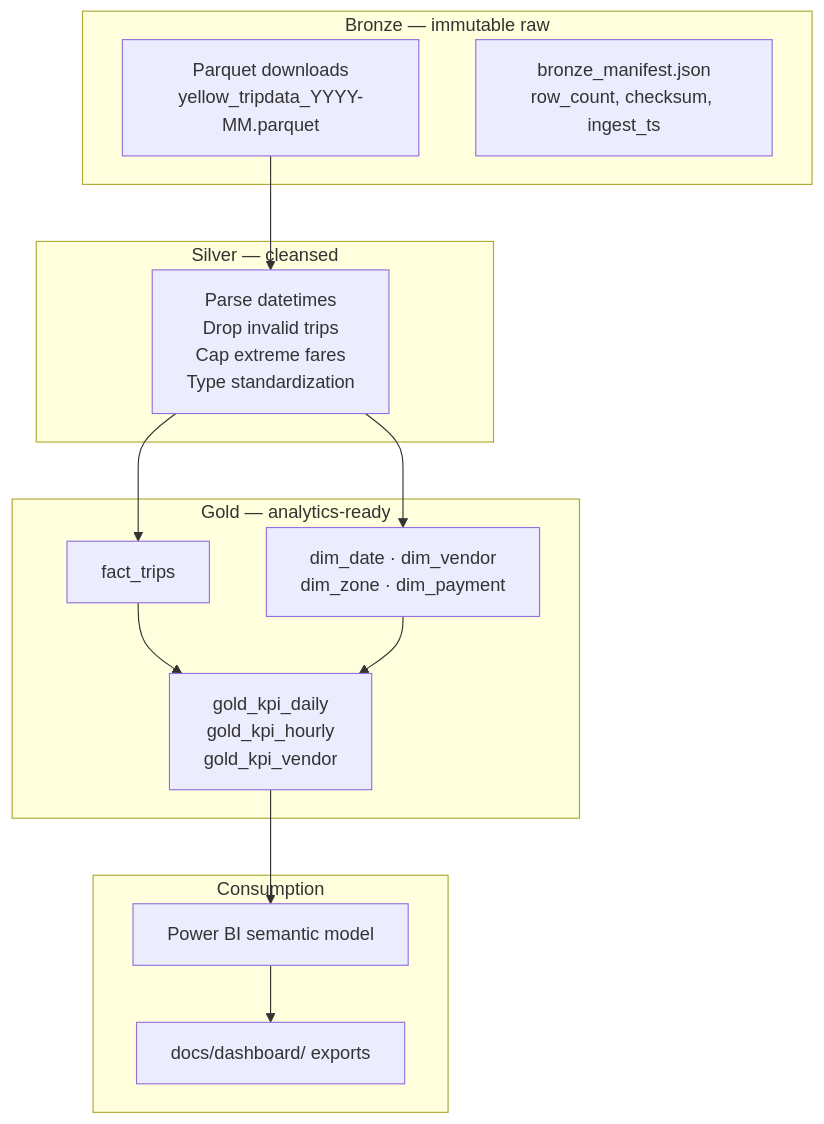
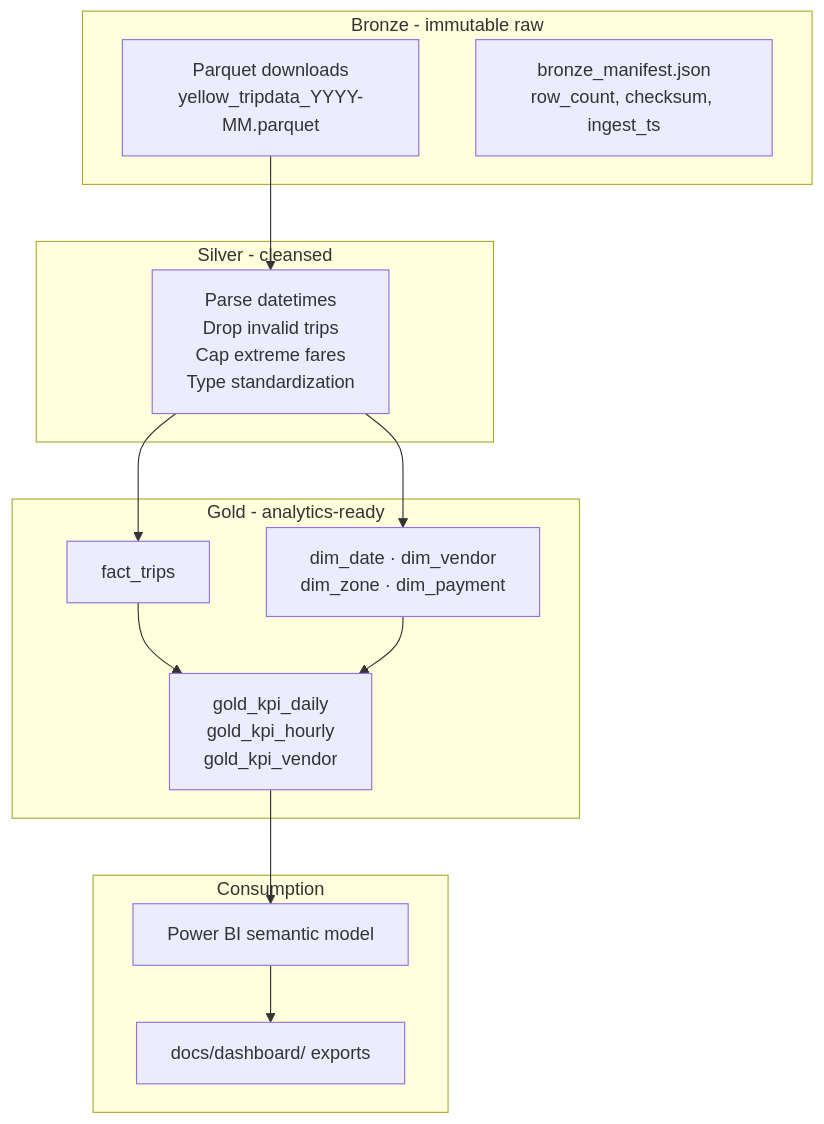
One commit to tirthjoship/medallion-analytics-pipeline changed the diagram in README.md. Above: the diagram before and after it, drawn with Mermaid. The commit also changed other lines of this file, not shown here.

````diff
--- a/README.md
+++ b/README.md
@@ -93,28 +93,28 @@
 ```mermaid
 flowchart TB
-    subgraph Bronze["Bronze — immutable raw"]
+    subgraph Bronze["Bronze - immutable raw"]
         RAW[Parquet downloads\nyellow_tripdata_YYYY-MM.parquet]
         MAN[bronze_manifest.json\nrow_count, checksum, ingest_ts]
     end
 
-    subgraph Silver["Silver — cleansed"]
+    subgraph Silver["Silver - cleansed"]
         CLN[Parse datetimes\nDrop invalid trips\nCap extreme fares\nType standardization]
     end
 
-    subgraph Gold["Gold — analytics-ready"]
+    subgraph Gold["Gold - analytics-ready"]
         FACT[fact_trips]
         DIMS[dim_date · dim_vendor\n dim_zone · dim_payment]
         KPI[gold_kpi_daily\n gold_kpi_hourly\n gold_kpi_vendor]
     end
 
     subgraph Consume["Consumption"]
         PBI[Power BI semantic model]
         PDF[docs/dashboard/ exports]
     end
 
     RAW --> CLN --> FACT
     CLN --> DIMS
     FACT --> KPI
     DIMS --> KPI
     KPI --> PBI --> PDF
 ```
````
